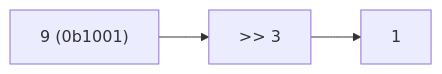
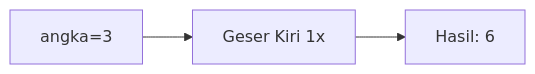
The fifth of 25 diagrams in part-c-pemahaman-cpp/06-bitwise/latihan/set-07.md (amnahwaida/OSNK_INF_PREP), drawn with Mermaid before and after one commit. The commit also changed other lines of this file and 71 other files, not shown here.

````diff
--- a/part-c-pemahaman-cpp/06-bitwise/latihan/set-07.md
+++ b/part-c-pemahaman-cpp/06-bitwise/latihan/set-07.md
@@ -125,5 +129,5 @@
 ```mermaid
 graph LR
-A["9 (0b1001)"] --> B[">> 3"]
-B --> C["1"]
+A["angka=3"] --> B["Geser Kiri 1x"]
+B --> C["Hasil: 6"]
 ```
````
